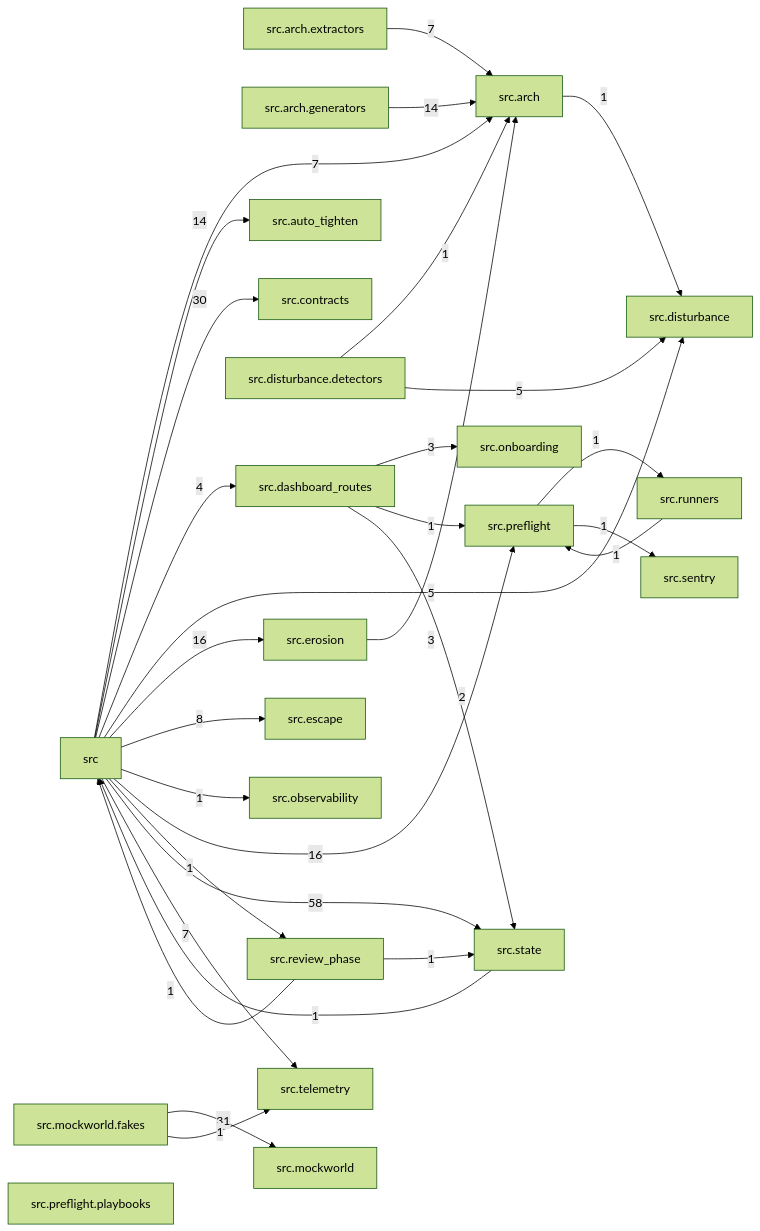
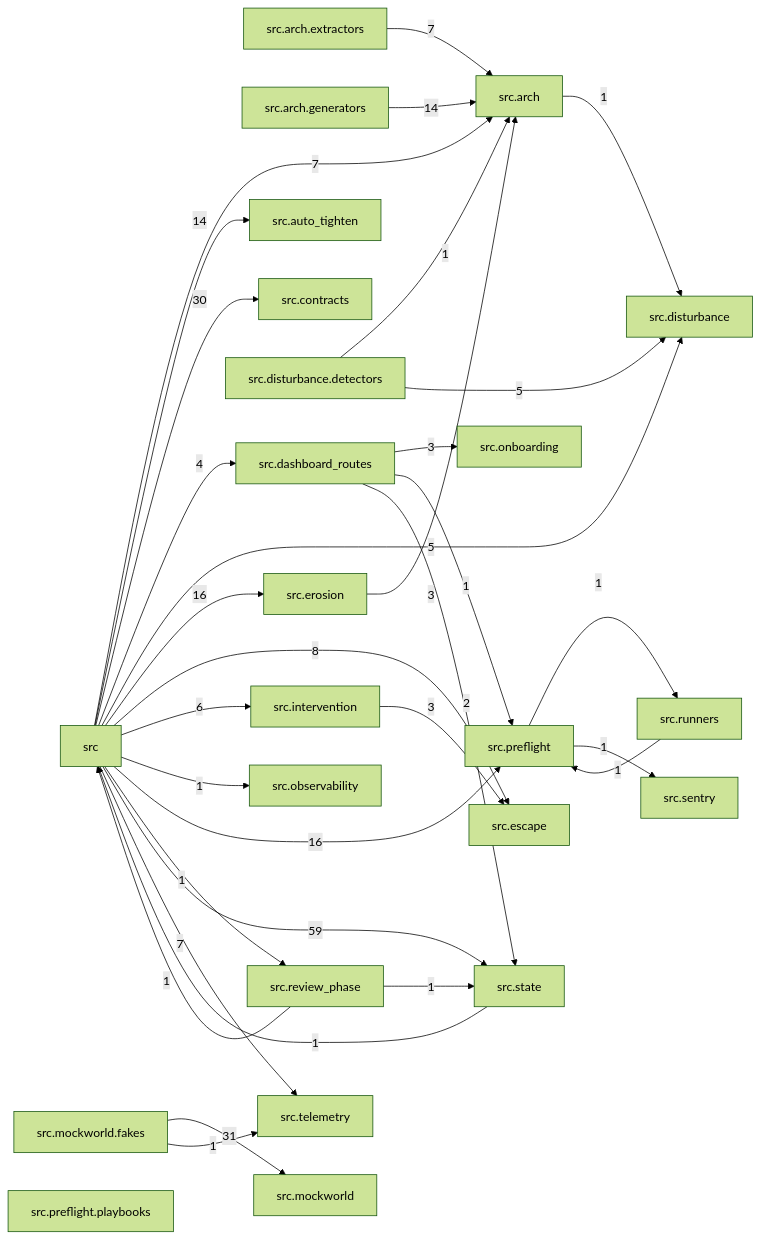
One commit to T-rav/hydraflow changed the diagram in docs/arch/generated/modules.md. Above: the diagram before and after it, drawn with Mermaid (forest theme). The commit also changed 35 other files, not shown here.

````diff
--- a/docs/arch/generated/modules.md
+++ b/docs/arch/generated/modules.md
@@ -7,54 +7,57 @@
 ```mermaid
 graph LR
     src["src"]
     src_arch["src.arch"]
     src_arch_extractors["src.arch.extractors"]
     src_arch_generators["src.arch.generators"]
     src_auto_tighten["src.auto_tighten"]
     src_contracts["src.contracts"]
     src_dashboard_routes["src.dashboard_routes"]
     src_disturbance["src.disturbance"]
     src_disturbance_detectors["src.disturbance.detectors"]
     src_erosion["src.erosion"]
     src_escape["src.escape"]
+    src_intervention["src.intervention"]
     src_mockworld["src.mockworld"]
     src_mockworld_fakes["src.mockworld.fakes"]
     src_observability["src.observability"]
     src_onboarding["src.onboarding"]
     src_preflight["src.preflight"]
     src_preflight_playbooks["src.preflight.playbooks"]
     src_review_phase["src.review_phase"]
     src_runners["src.runners"]
     src_sentry["src.sentry"]
     src_state["src.state"]
     src_telemetry["src.telemetry"]
     src -- "7" --> src_arch
     src -- "14" --> src_auto_tighten
     src -- "30" --> src_contracts
     src -- "4" --> src_dashboard_routes
     src -- "5" --> src_disturbance
     src -- "16" --> src_erosion
     src -- "8" --> src_escape
+    src -- "6" --> src_intervention
     src -- "1" --> src_observability
     src -- "16" --> src_preflight
     src -- "1" --> src_review_phase
-    src -- "58" --> src_state
+    src -- "59" --> src_state
     src -- "7" --> src_telemetry
     src_arch -- "1" --> src_disturbance
     src_arch_extractors -- "7" --> src_arch
     src_arch_generators -- "14" --> src_arch
     src_dashboard_routes -- "3" --> src_onboarding
     src_dashboard_routes -- "1" --> src_preflight
     src_dashboard_routes -- "2" --> src_state
     src_disturbance_detectors -- "1" --> src_arch
     src_disturbance_detectors -- "5" --> src_disturbance
     src_erosion -- "3" --> src_arch
+    src_intervention -- "3" --> src_escape
     src_mockworld_fakes -- "31" --> src_mockworld
     src_mockworld_fakes -- "1" --> src_telemetry
     src_preflight -- "1" --> src_runners
     src_preflight -- "1" --> src_sentry
     src_review_phase -- "1" --> src
     src_review_phase -- "1" --> src_state
     src_runners -- "1" --> src_preflight
     src_state -- "1" --> src
 ```
````
